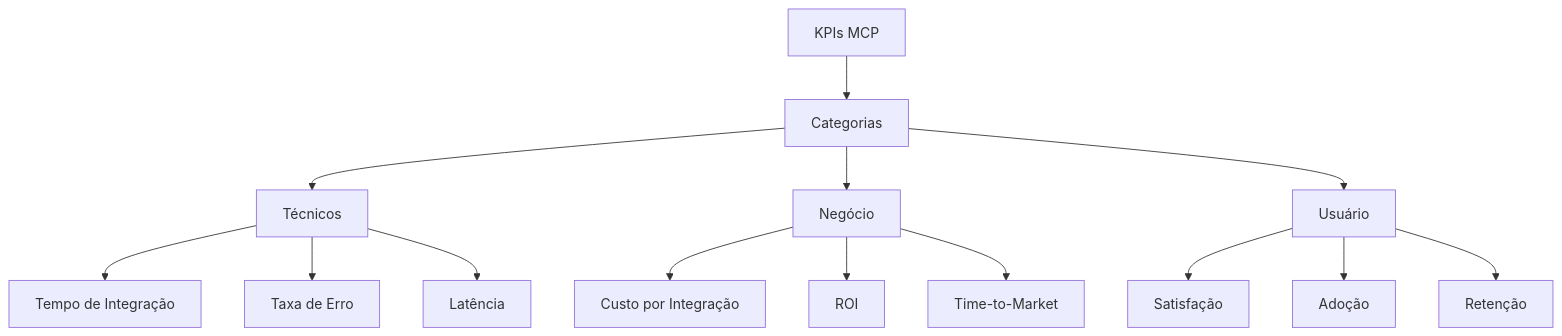
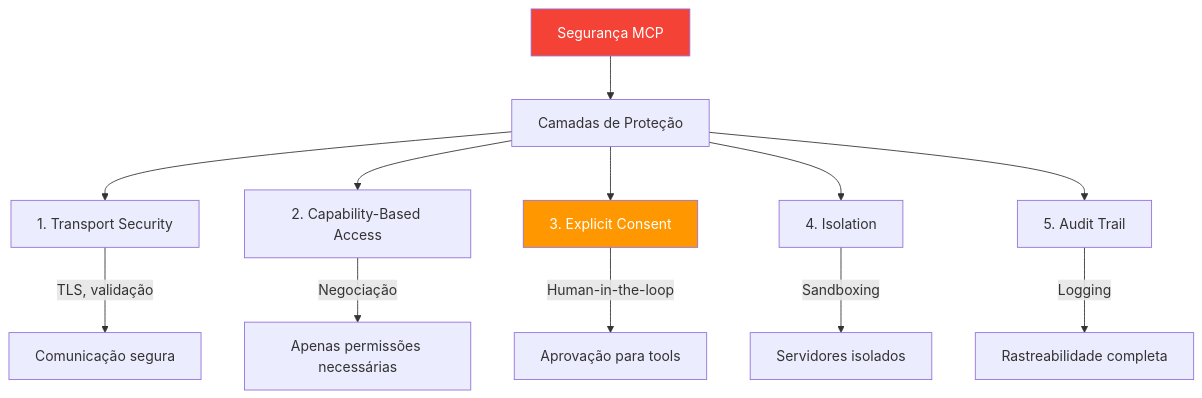
Diagram 11 of 28 in AI/Comunicação/MCP/00-mcp-presentation-zero to hero.md (felipepimentel/my-public-notes), drawn with Mermaid before and after one commit. The commit also changed other lines of this file, not shown here.

````diff
--- a/AI/Comunicação/MCP/00-mcp-presentation-zero to hero.md
+++ b/AI/Comunicação/MCP/00-mcp-presentation-zero to hero.md
@@ -337,20 +444,19 @@
 ```mermaid
 graph TD
-    KPI[KPIs MCP] --> CAT[Categorias]
+    SEC[Segurança MCP] --> LAYERS[Camadas de Proteção]
     
-    CAT --> TECH[Técnicos]
-    CAT --> BUS[Negócio]
-    CAT --> USER[Usuário]
+    LAYERS --> L1[1. Transport Security]
+    LAYERS --> L2[2. Capability-Based Access]
+    LAYERS --> L3[3. Explicit Consent]
+    LAYERS --> L4[4. Isolation]
+    LAYERS --> L5[5. Audit Trail]
     
-    TECH --> T1[Tempo de Integração]
-    TECH --> T2[Taxa de Erro]
-    TECH --> T3[Latência]
+    L1 --> |"TLS, validação"| T1[Comunicação segura]
+    L2 --> |"Negociação"| T2[Apenas permissões necessárias]
+    L3 --> |"Human-in-the-loop"| T3[Aprovação para tools]
+    L4 --> |"Sandboxing"| T4[Servidores isolados]
+    L5 --> |"Logging"| T5[Rastreabilidade completa]
     
-    BUS --> B1[Custo por Integração]
-    BUS --> B2[ROI]
-    BUS --> B3[Time-to-Market]
-    
-    USER --> U1[Satisfação]
-    USER --> U2[Adoção]
-    USER --> U3[Retenção]
+    style SEC fill:#f44336,color:#fff
+    style L3 fill:#ff9800,color:#fff
 ```
````
